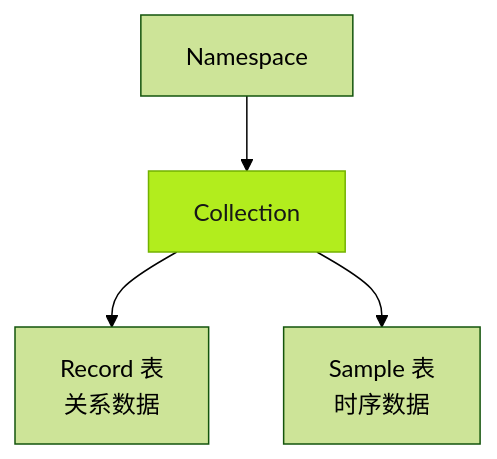
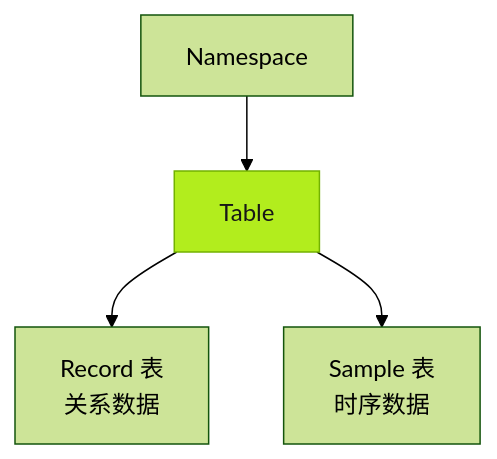
The first of 3 diagrams in src/content/docs/zh-cn/using-tier0/preparing-data-foundation.mdx (FREEZONEX/Tier0-docs-site), drawn with Mermaid (forest theme) before and after one commit. The commit also changed other lines of this file and 24 other files, not shown here.

````diff
--- a/src/content/docs/zh-cn/using-tier0/preparing-data-foundation.mdx
+++ b/src/content/docs/zh-cn/using-tier0/preparing-data-foundation.mdx
@@ -29,8 +29,8 @@
 ```mermaid
 flowchart TB
-  namespace["Namespace"] --> collection["Collection"]
-  collection --> record["Record 表<br/>关系数据"]
-  collection --> sample["Sample 表<br/>时序数据"]
+  namespace["Namespace"] --> table["Table"]
+  table --> record["Record 表<br/>关系数据"]
+  table --> sample["Sample 表<br/>时序数据"]
   classDef t0accent fill:#B2ED1D,stroke:#73B200,color:#171717
-  class collection t0accent
+  class table t0accent
 ```
````
